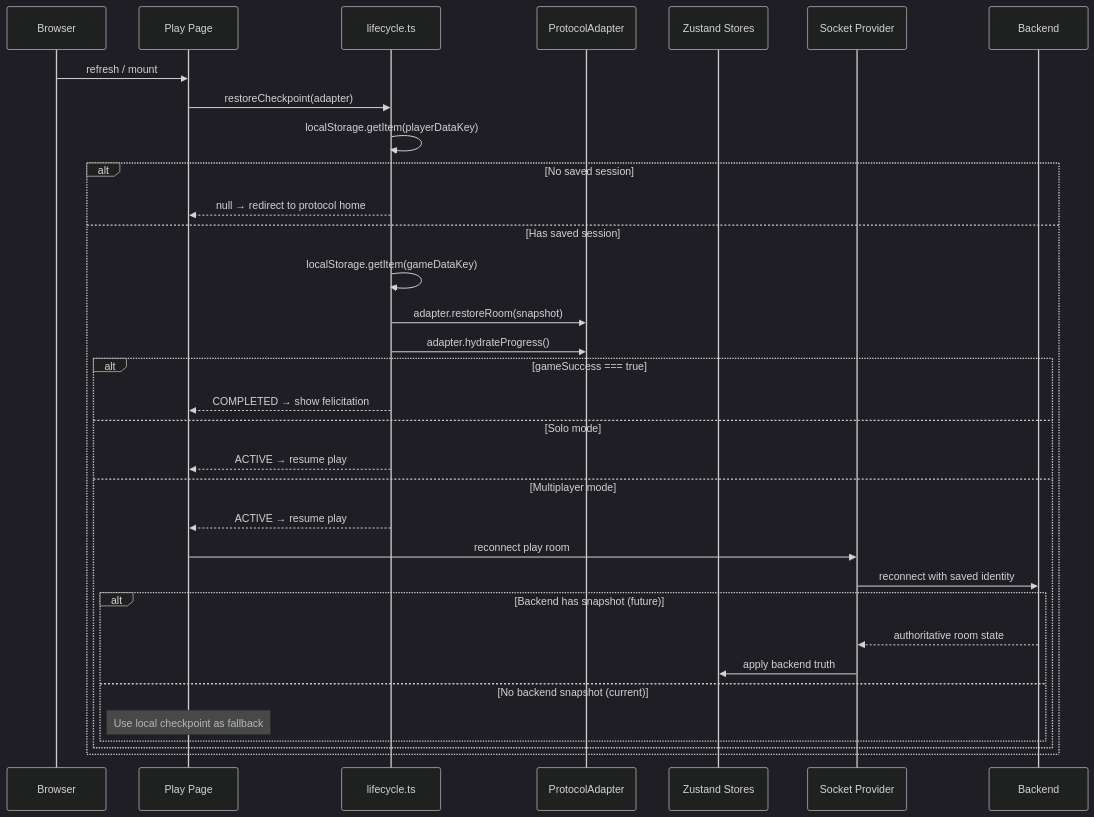
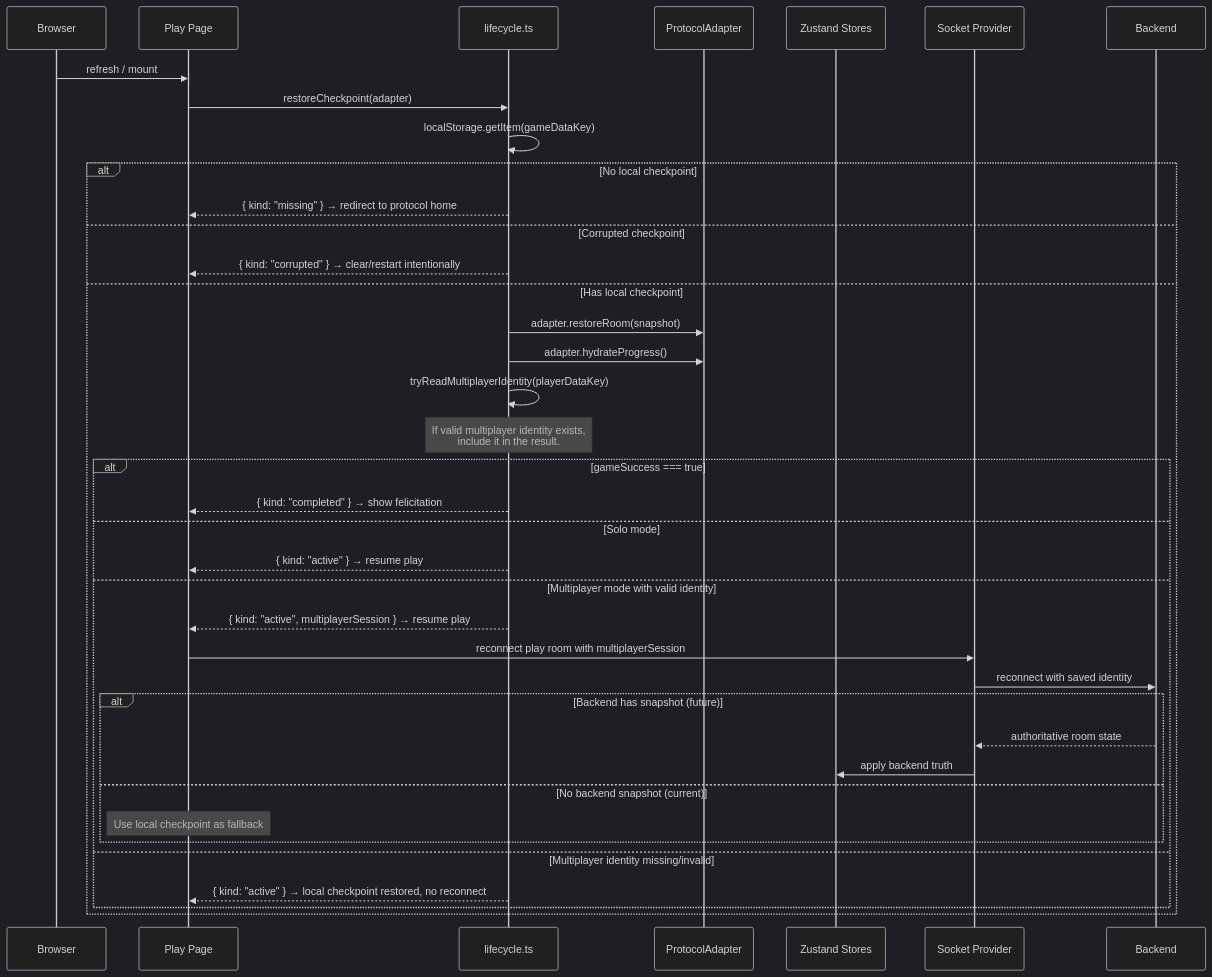
The fifth of 6 diagrams in docs/shared-protocol-lifecycle-adr.md (algolab-quantique/quantumcrypto-frontend), drawn with Mermaid (dark theme) before and after one commit. The commit also changed other lines of this file and 3 other files, not shown here.

Commit message:
feat: harden protocol restore lifecycle

````diff
--- a/docs/shared-protocol-lifecycle-adr.md
+++ b/docs/shared-protocol-lifecycle-adr.md
@@ -272,38 +314,43 @@
 ```mermaid
 sequenceDiagram
     participant Browser
     participant Page as Play Page
     participant Lifecycle as lifecycle.ts
     participant Adapter as ProtocolAdapter
     participant Store as Zustand Stores
     participant Socket as Socket Provider
     participant Backend
 
     Browser->>Page: refresh / mount
     Page->>Lifecycle: restoreCheckpoint(adapter)
-    Lifecycle->>Lifecycle: localStorage.getItem(playerDataKey)
+    Lifecycle->>Lifecycle: localStorage.getItem(gameDataKey)
 
-    alt No saved session
-        Lifecycle-->>Page: null → redirect to protocol home
-    else Has saved session
-        Lifecycle->>Lifecycle: localStorage.getItem(gameDataKey)
+    alt No local checkpoint
+        Lifecycle-->>Page: { kind: "missing" } → redirect to protocol home
+    else Corrupted checkpoint
+        Lifecycle-->>Page: { kind: "corrupted" } → clear/restart intentionally
+    else Has local checkpoint
         Lifecycle->>Adapter: adapter.restoreRoom(snapshot)
         Lifecycle->>Adapter: adapter.hydrateProgress()
+        Lifecycle->>Lifecycle: tryReadMultiplayerIdentity(playerDataKey)
+        Note over Lifecycle: If valid multiplayer identity exists,<br/>include it in the result.
 
         alt gameSuccess === true
-            Lifecycle-->>Page: COMPLETED → show felicitation
+            Lifecycle-->>Page: { kind: "completed" } → show felicitation
         else Solo mode
-            Lifecycle-->>Page: ACTIVE → resume play
-        else Multiplayer mode
-            Lifecycle-->>Page: ACTIVE → resume play
-            Page->>Socket: reconnect play room
+            Lifecycle-->>Page: { kind: "active" } → resume play
+        else Multiplayer mode with valid identity
+            Lifecycle-->>Page: { kind: "active", multiplayerSession } → resume play
+            Page->>Socket: reconnect play room with multiplayerSession
             Socket->>Backend: reconnect with saved identity
             alt Backend has snapshot (future)
                 Backend-->>Socket: authoritative room state
                 Socket->>Store: apply backend truth
             else No backend snapshot (current)
                 Note over Page: Use local checkpoint as fallback
             end
+        else Multiplayer identity missing/invalid
+            Lifecycle-->>Page: { kind: "active" } → local checkpoint restored, no reconnect
         end
     end
 ```
````
